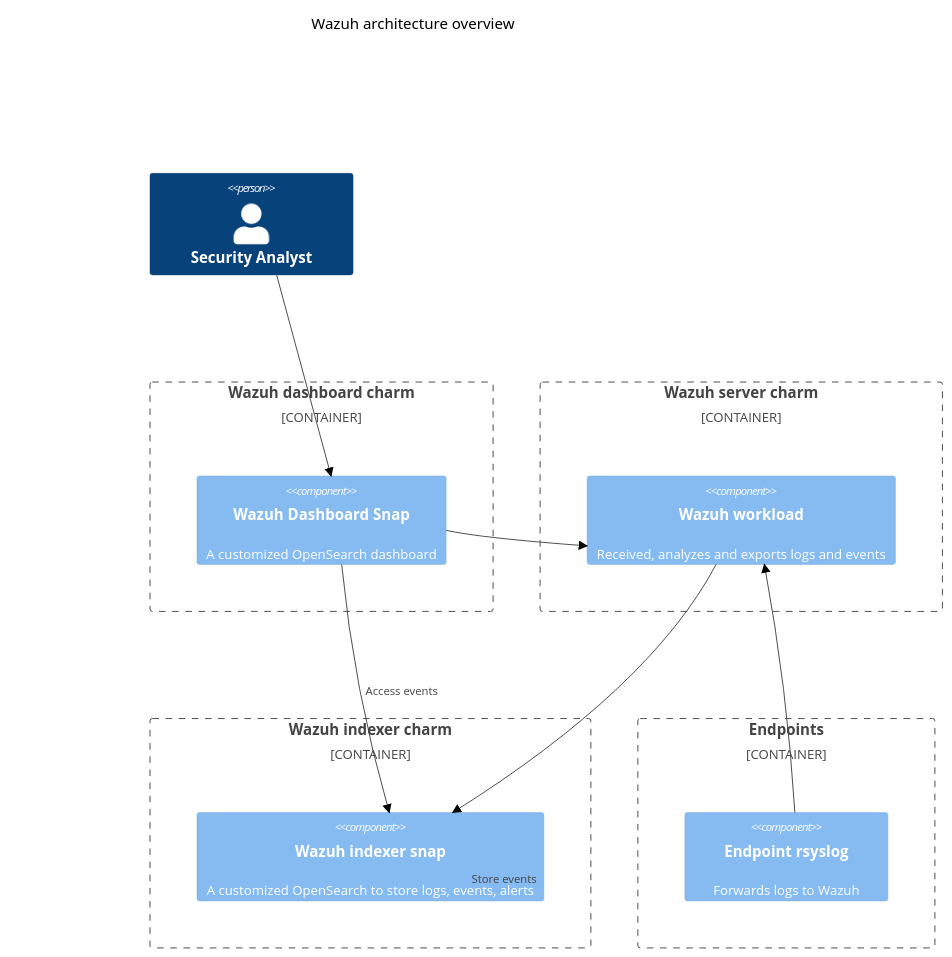
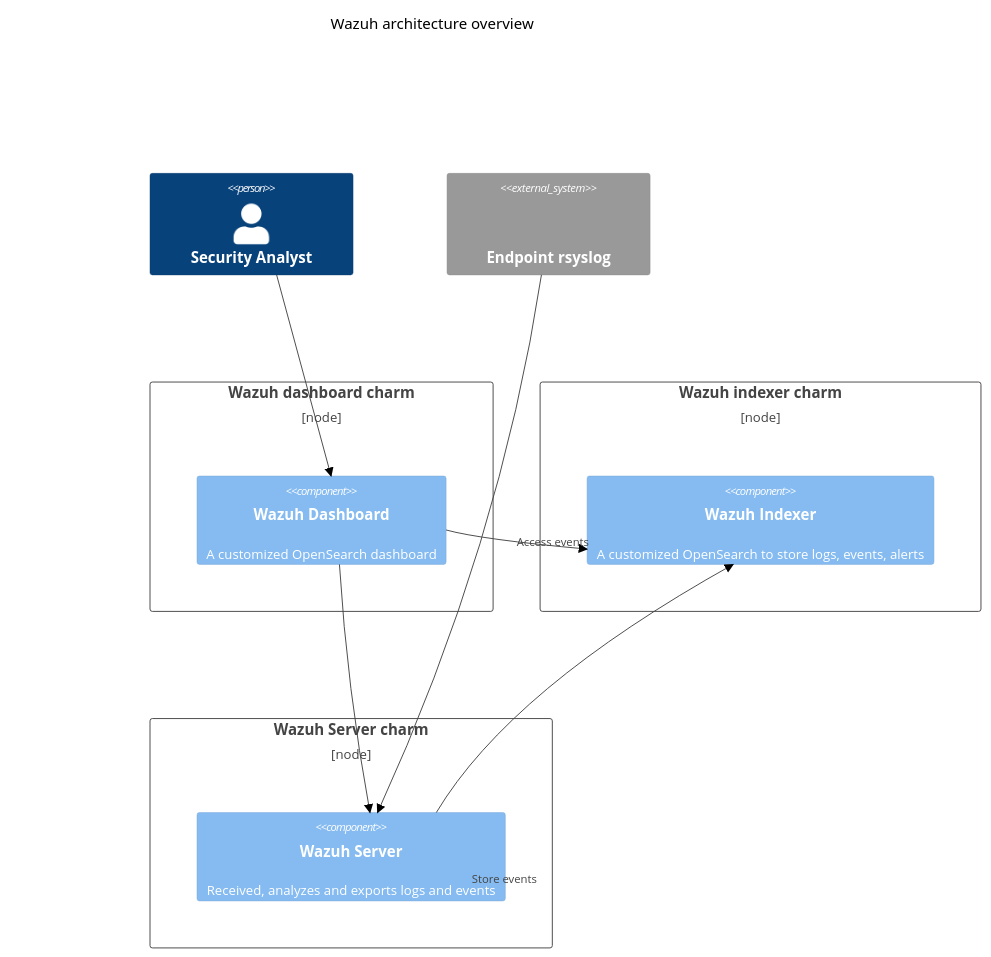
The diagram in docs/explanation/architecture-overview.md (canonical/wazuh-server-operator), drawn with Mermaid (neutral theme) before and after one commit.

````diff
--- a/docs/explanation/architecture-overview.md
+++ b/docs/explanation/architecture-overview.md
@@ -7,35 +7,30 @@
 ```mermaid
 C4Context
 title Wazuh architecture overview
 
 Person(security-analyst, "Security Analyst", "")
 Rel(security-analyst, wazuh-dashboard, "")
 
-Container_Boundary(wazuh-dashboard, "Wazuh dashboard charm") {
-    Component(wazuh-dashboard, "Wazuh Dashboard Snap", "","A customized OpenSearch dashboard")
+Deployment_Node(wazuh-dashboard, "Wazuh dashboard charm") {
+  Component(wazuh-dashboard, "Wazuh Dashboard", "","A customized OpenSearch dashboard")
 }
 
-Container_Boundary(wazuh-server, "Wazuh server charm") {
-  Component(wazuh-server, "Wazuh workload", "", "Received, analyzes and exports logs and events")
+Deployment_Node(wazuh-indexer, "Wazuh indexer charm") {
+  Component(wazuh-indexer, "Wazuh Indexer", "","A customized OpenSearch to store logs, events, alerts")
 }
 
-Container_Boundary(wazuh-indexer, "Wazuh indexer charm") {
-    Component(wazuh-indexer, "Wazuh indexer snap", "","A customized OpenSearch to store logs, events, alerts")
+Deployment_Node(wazuh-server, "Wazuh Server charm") {
+  Component(wazuh-server, "Wazuh Server", "", "Received, analyzes and exports logs and events")
 }
 
-
-Container_Boundary(endpoints, "Endpoints") {
-    Component(endpoint-rsyslog, "Endpoint rsyslog", "","Forwards logs to Wazuh")
-}
-
+System_Ext(endpoint-rsyslog, "Endpoint rsyslog", "","Forwards logs to Wazuh")
 
 Rel(wazuh-server, wazuh-indexer, "Store events")
 Rel(wazuh-dashboard, wazuh-indexer, "Access events")
 Rel(wazuh-dashboard, wazuh-server, "")
 Rel(endpoint-rsyslog, wazuh-server, "")
 
 UpdateRelStyle(wazuh-server, wazuh-indexer, $offsetX="-120", $offsetY="200")
-UpdateRelStyle(wazuh-filebeat, wazuh-indexer, $offsetX="75", $offsetY="-80")
 
 UpdateLayoutConfig($c4ShapeInRow="2", $c4BoundaryInRow="2")
 ```
````
